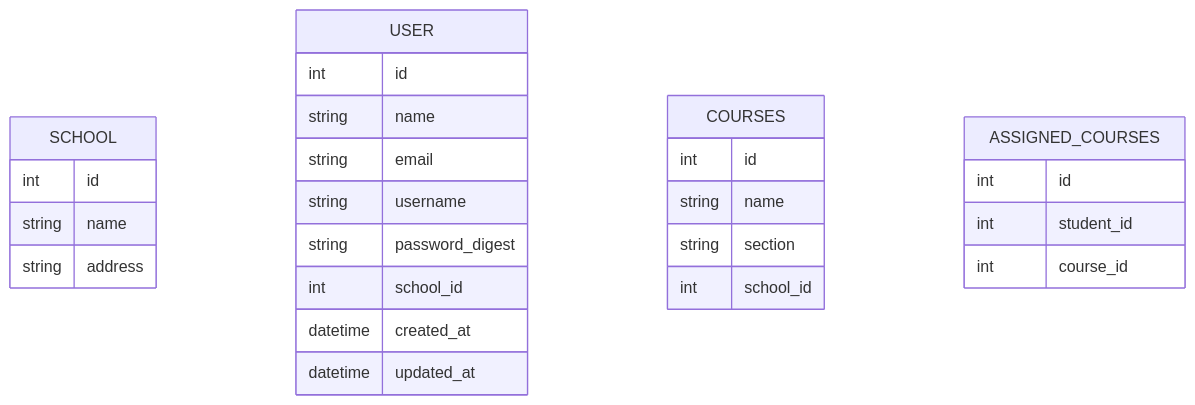
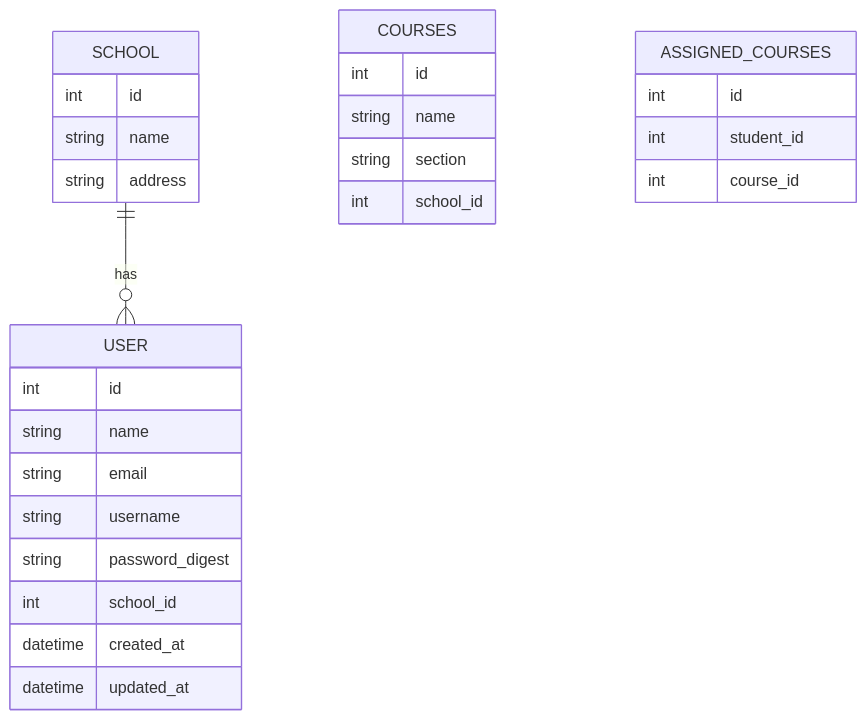
One commit to ripterdust/SchoolManagementSystem changed the diagram in diagrams/class/database.md. Above: the diagram before and after it, drawn with Mermaid.

Commit message:
Added table relationship

````diff
--- a/diagrams/class/database.md
+++ b/diagrams/class/database.md
@@ -5,36 +5,35 @@
 ```mermaid
-
     erDiagram
 
     SCHOOL {
         int id
         string name
         string address
     }
 
     USER {
         int id
         string name
         string email
         string username
         string password_digest
         int school_id
         datetime created_at
         datetime updated_at
     }
 
     COURSES {
         int id
         string name
         string section
         int school_id
     }
 
     ASSIGNED_COURSES {
         int id
         int student_id
         int course_id
     }
 
-
+    SCHOOL  ||--o{ USER : has
 ```
````
